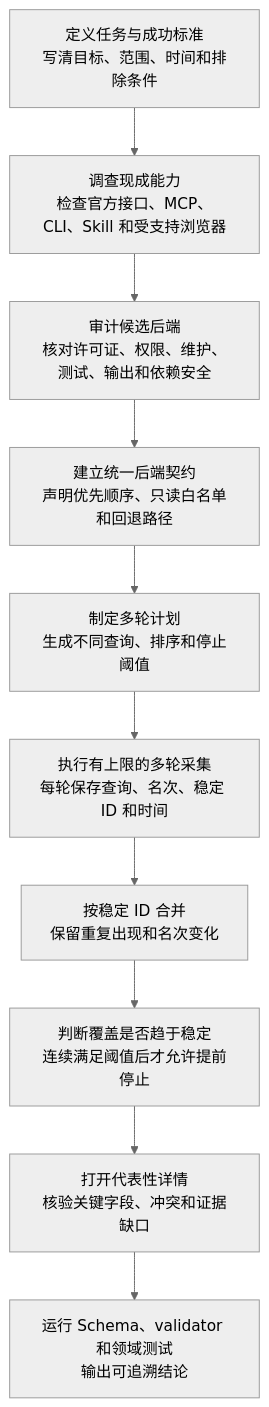
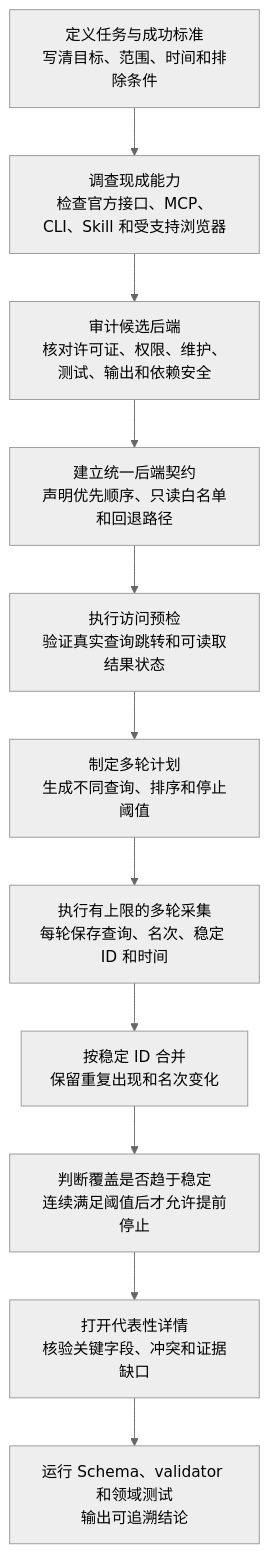
Before and after one commit to AIALRA-0/AIALRA-SKILL-TEMPLATE: the first of 2 diagrams in docs/repeatable-collection.md, drawn with Mermaid (neutral theme). The commit also changed other lines of this file and 7 other files, not shown here.

````diff
--- a/docs/repeatable-collection.md
+++ b/docs/repeatable-collection.md
@@ -22,12 +22,13 @@
 ```mermaid
 flowchart TD
     A["定义任务与成功标准<br/>写清目标、范围、时间和排除条件"] --> B["调查现成能力<br/>检查官方接口、MCP、CLI、Skill 和受支持浏览器"]
     B --> C["审计候选后端<br/>核对许可证、权限、维护、测试、输出和依赖安全"]
     C --> D["建立统一后端契约<br/>声明优先顺序、只读白名单和回退路径"]
-    D --> E["制定多轮计划<br/>生成不同查询、排序和停止阈值"]
-    E --> F["执行有上限的多轮采集<br/>每轮保存查询、名次、稳定 ID 和时间"]
-    F --> G["按稳定 ID 合并<br/>保留重复出现和名次变化"]
-    G --> H["判断覆盖是否趋于稳定<br/>连续满足阈值后才允许提前停止"]
-    H --> I["打开代表性详情<br/>核验关键字段、冲突和证据缺口"]
-    I --> J["运行 Schema、validator 和领域测试<br/>输出可追溯结论"]
+    D --> E["执行访问预检<br/>验证真实查询跳转和可读取结果状态"]
+    E --> F["制定多轮计划<br/>生成不同查询、排序和停止阈值"]
+    F --> G["执行有上限的多轮采集<br/>每轮保存查询、名次、稳定 ID 和时间"]
+    G --> H["按稳定 ID 合并<br/>保留重复出现和名次变化"]
+    H --> I["判断覆盖是否趋于稳定<br/>连续满足阈值后才允许提前停止"]
+    I --> J["打开代表性详情<br/>核验关键字段、冲突和证据缺口"]
+    J --> K["运行 Schema、validator 和领域测试<br/>输出可追溯结论"]
 ```
````
